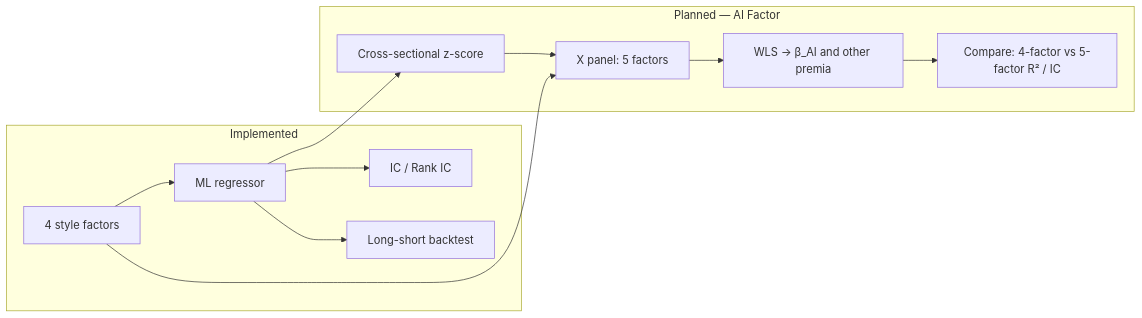
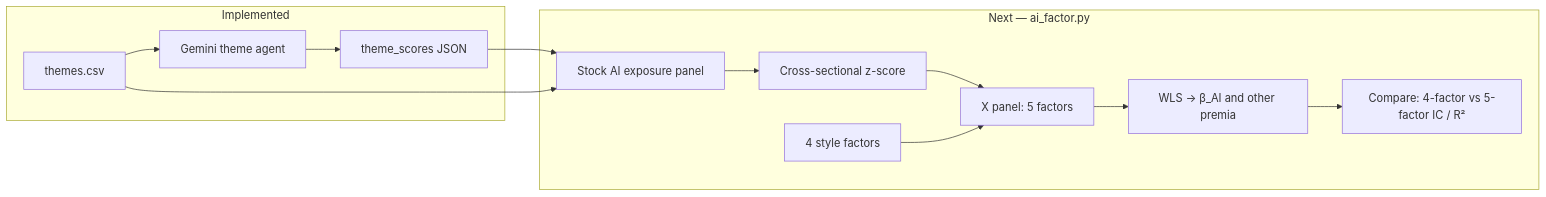
One commit to wanmingz/ai_factor_barra changed the third of 3 diagrams in README.md. Above: the diagram before and after it, drawn with Mermaid. The commit also changed other lines of this file, not shown here.

````diff
--- a/README.md
+++ b/README.md
@@ -245,16 +364,17 @@
 ```mermaid
 flowchart LR
-    subgraph current [Implemented]
-        F4["4 style factors"] --> ML["ML regressor"]
-        ML --> IC["IC / Rank IC"]
-        ML --> BT["Long-short backtest"]
+    subgraph done [Implemented]
+        CSV[themes.csv] --> AGENT[Gemini theme agent]
+        AGENT --> SCORES[theme_scores JSON]
     end
 
-    subgraph planned [Planned — AI Factor]
-        ML --> ZS["Cross-sectional z-score"]
+    subgraph next [Next — ai_factor.py]
+        SCORES --> EXP[Stock AI exposure panel]
+        CSV --> EXP
+        EXP --> ZS[Cross-sectional z-score]
         ZS --> X5["X panel: 5 factors"]
-        F4 --> X5
+        F4["4 style factors"] --> X5
         X5 --> WLS2["WLS → β_AI and other premia"]
-        WLS2 --> CMP["Compare: 4-factor vs 5-factor R² / IC"]
+        WLS2 --> CMP["Compare: 4-factor vs 5-factor IC / R²"]
     end
 ```
````
